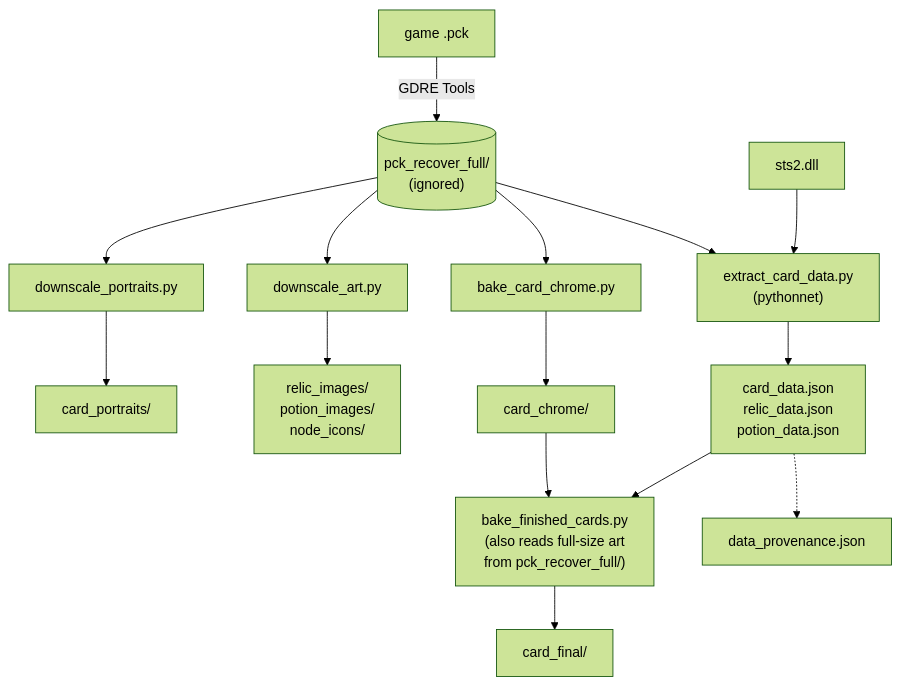
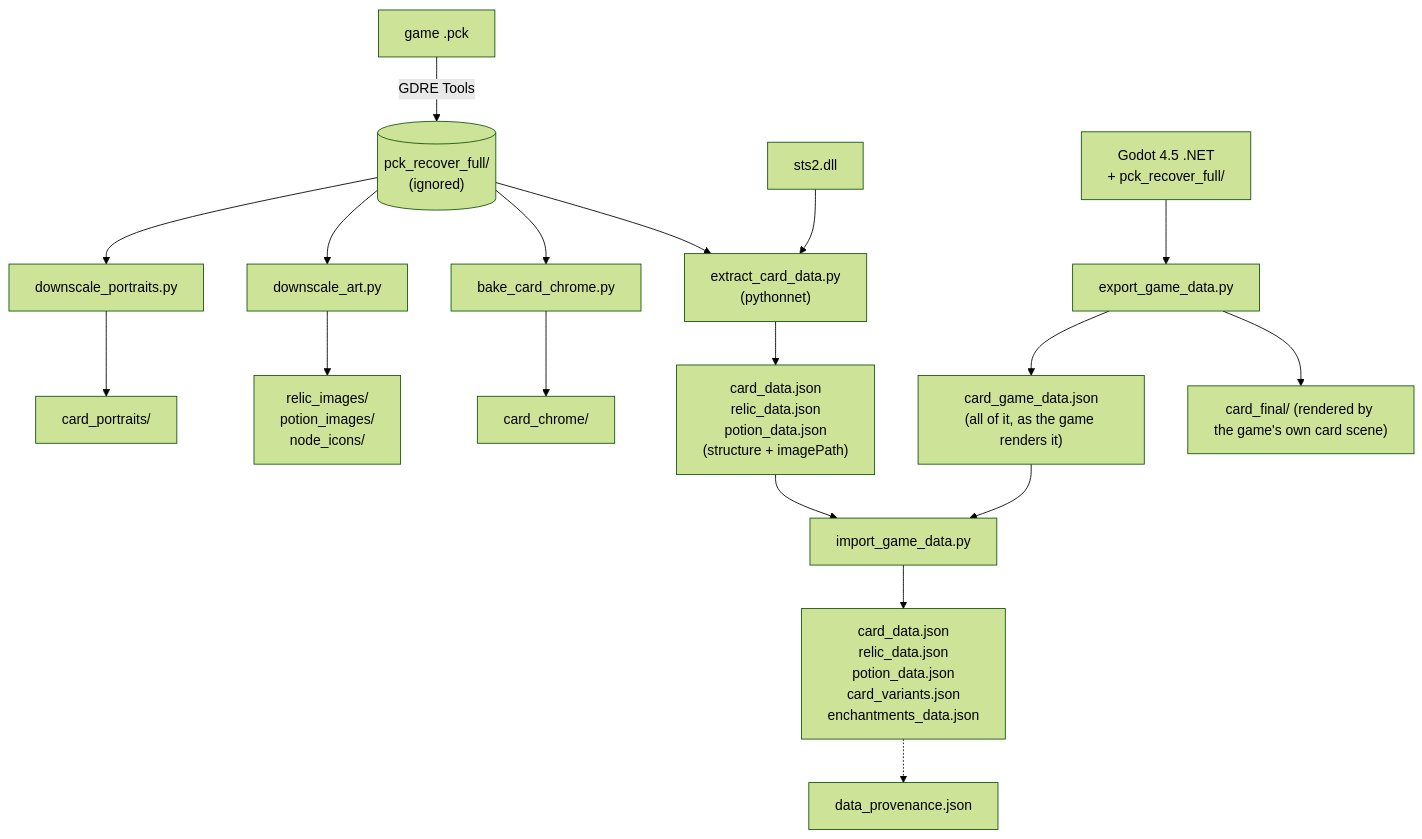
The sixth of 6 diagrams in README.md (johnstonjesse329/slay-my-stats), drawn with Mermaid (forest theme) before and after one commit. The commit also changed other lines of this file and 17 other files, not shown here.

````diff
--- a/README.md
+++ b/README.md
@@ -462,18 +468,21 @@
 ```mermaid
 flowchart TB
     pck["game .pck"] -- "GDRE Tools" --> rec[("pck_recover_full/<br/>(ignored)")]
     dll["sts2.dll"]
     rec --> portraits["downscale_portraits.py"]
     rec --> art["downscale_art.py"]
     rec --> chrome["bake_card_chrome.py"]
     rec --> extract["extract_card_data.py<br/>(pythonnet)"]
     dll --> extract
     portraits --> cp["card_portraits/"]
     art --> ra["relic_images/<br/>potion_images/<br/>node_icons/"]
     chrome --> cc["card_chrome/"]
-    extract --> json["card_data.json<br/>relic_data.json<br/>potion_data.json"]
-    cc --> final["bake_finished_cards.py<br/>(also reads full-size art<br/>from pck_recover_full/)"]
-    json --> final
-    json -.-> prov["data_provenance.json"]
-    final --> cf["card_final/"]
+    extract --> json["card_data.json<br/>relic_data.json<br/>potion_data.json<br/>(structure + imagePath)"]
+    game2["Godot 4.5 .NET<br/>+ pck_recover_full/"] --> export["export_game_data.py"]
+    export --> gjson["card_game_data.json<br/>(all of it, as the game renders it)"]
+    gjson --> imp["import_game_data.py"]
+    json --> imp
+    imp --> json2["card_data.json<br/>relic_data.json<br/>potion_data.json<br/>card_variants.json<br/>enchantments_data.json"]
+    export --> cf["card_final/ (rendered by the game's own card scene)"]
+    json2 -.-> prov["data_provenance.json"]
 ```
````
